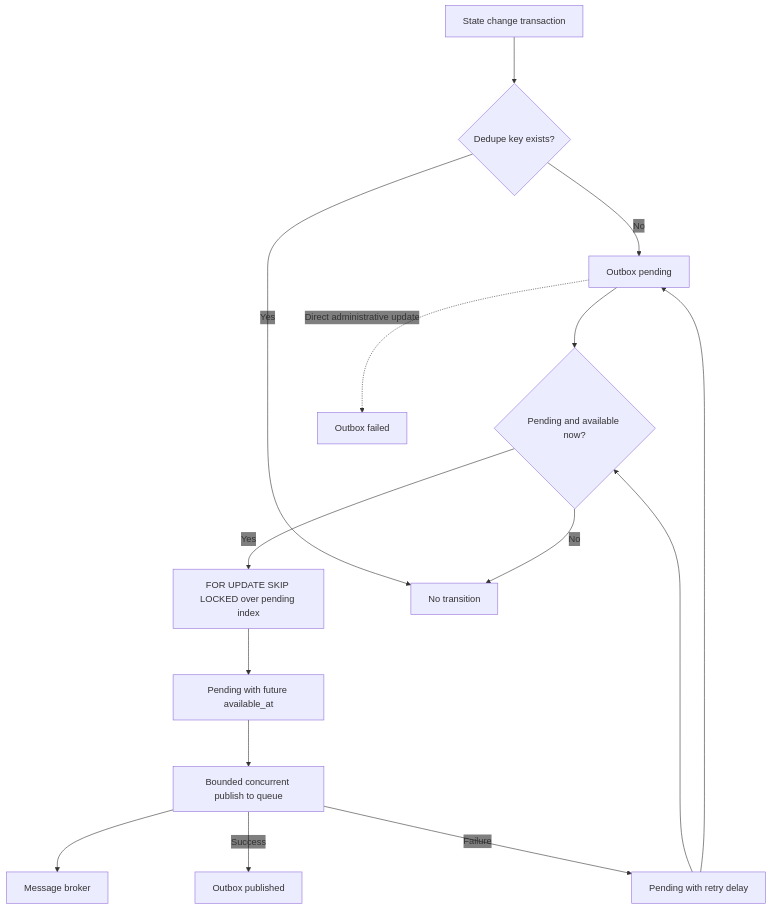
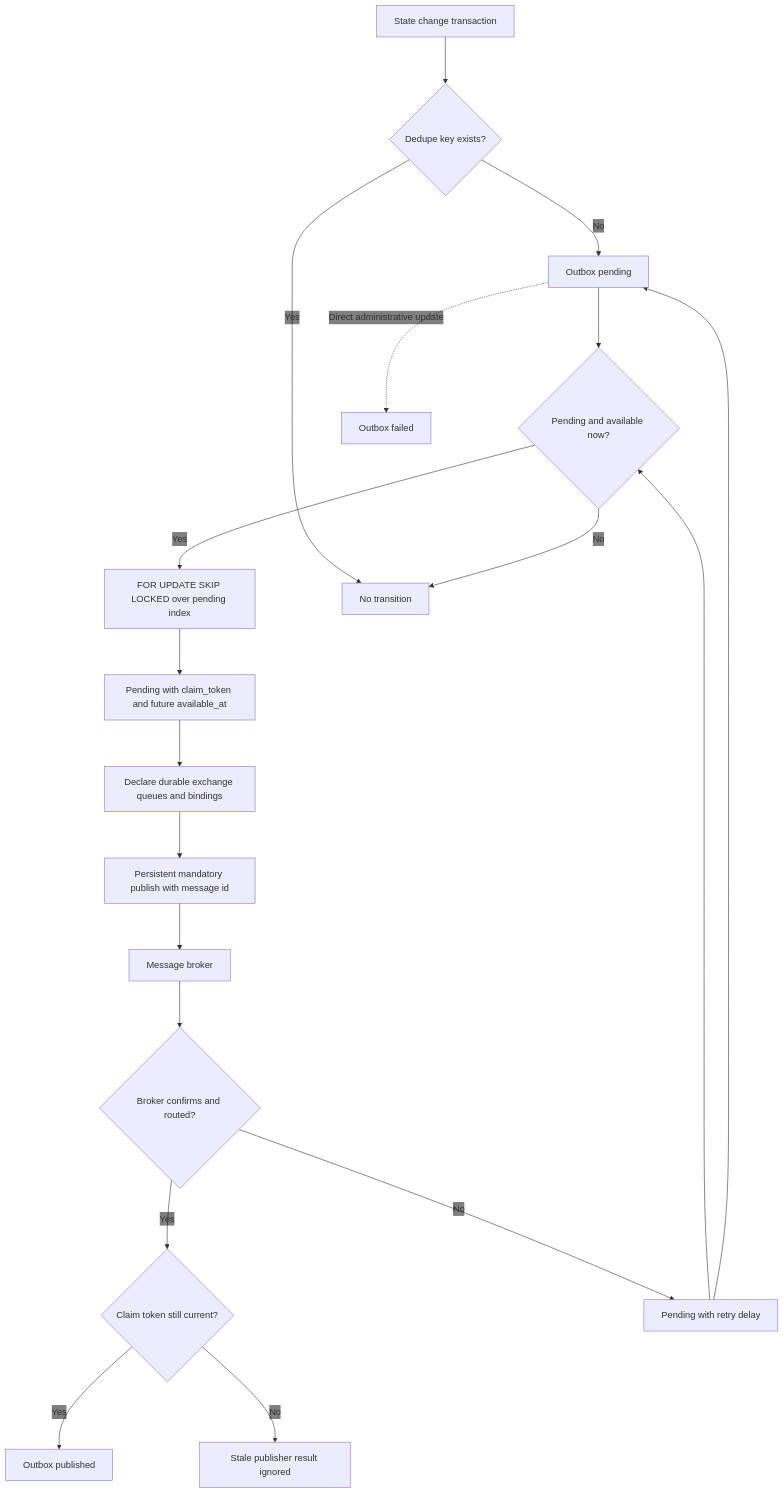
Before and after one commit to gregl83/agent-vigilo: the diagram in web/docs/architecture/state/outbox-lifecycle/diagram.mmd, drawn with Mermaid. The commit also changed 17 other files, not shown here.

```diff
--- a/web/docs/architecture/state/outbox-lifecycle/diagram.mmd
+++ b/web/docs/architecture/state/outbox-lifecycle/diagram.mmd
@@ -1,44 +1,50 @@
 ---
 config:
   flowchart:
     nodeSpacing: 150
     rankSpacing: 80
   themeVariables:
     edgeLabelBackground: 'transparent'
 ---
 flowchart TD
     StateChange[State change transaction]
     Pending[Outbox pending]
     Dedupe{Dedupe key exists?}
     Ready{Pending and available now?}
     Claim[FOR UPDATE SKIP LOCKED over pending index]
-    Leased[Pending with future available_at]
-    Publish[Bounded concurrent publish to queue]
+    Leased[Pending with claim_token and future available_at]
+    Topology[Declare durable exchange queues and bindings]
+    Publish[Persistent mandatory publish with message id]
+    Confirm{Broker confirms and routed?}
+    Fence{Claim token still current?}
     Published[Outbox published]
     Retry[Pending with retry delay]
+    Stale[Stale publisher result ignored]
     Failed[Outbox failed]
     Noop[No transition]
     Queue[Message broker]
 
     StateChange --> Dedupe
     Dedupe -- No --> Pending
     Dedupe -- Yes --> Noop
 
     Pending --> Ready
     Retry --> Ready
 
-    Ready -- Yes --> Claim --> Leased --> Publish --> Queue
+    Ready -- Yes --> Claim --> Leased --> Topology --> Publish --> Queue --> Confirm
     Ready -- No --> Noop
 
-    Publish -- Success --> Published
-    Publish -- Failure --> Retry
+    Confirm -- Yes --> Fence
+    Confirm -- No --> Retry
+    Fence -- Yes --> Published
+    Fence -- No --> Stale
     Retry --> Pending
 
     Pending -. Direct administrative update .-> Failed
 
     class StateChange command
-    class Pending,Dedupe,Ready,Claim,Leased,Publish,Retry system
+    class Pending,Dedupe,Ready,Claim,Leased,Topology,Publish,Confirm,Fence,Retry,Stale system
     class Published success
     class Failed error
     class Noop component
     class Queue external
```
